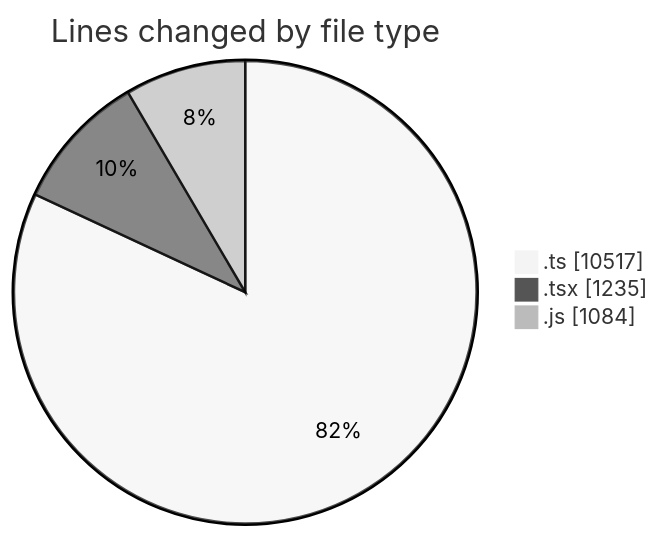
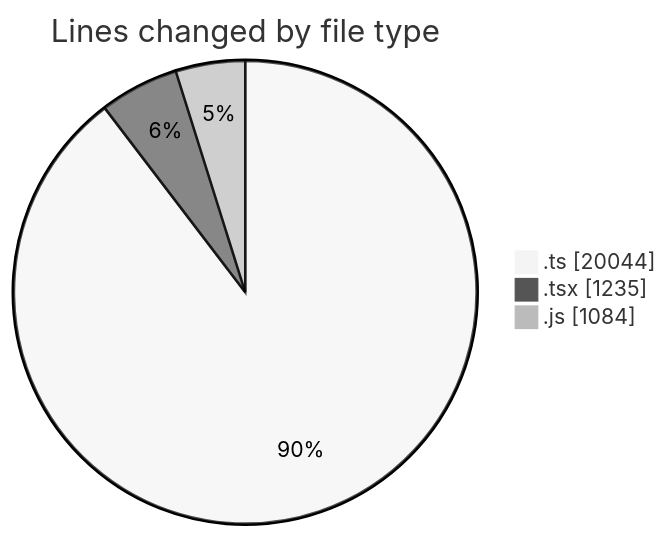
Before and after one commit to momahboobian/code-tracking: the first of 2 diagrams in 2025-06-23/cda/README.md, drawn with Mermaid (neutral theme). The commit also changed other lines of this file and 1 other file, not shown here.

````diff
--- a/2025-06-23/cda/README.md
+++ b/2025-06-23/cda/README.md
@@ -30,7 +31,7 @@
 ```mermaid
 pie showData
 title Lines changed by file type
-".ts" : 10517
+".ts" : 20044
 ".tsx" : 1235
 ".js" : 1084
 ```
````
